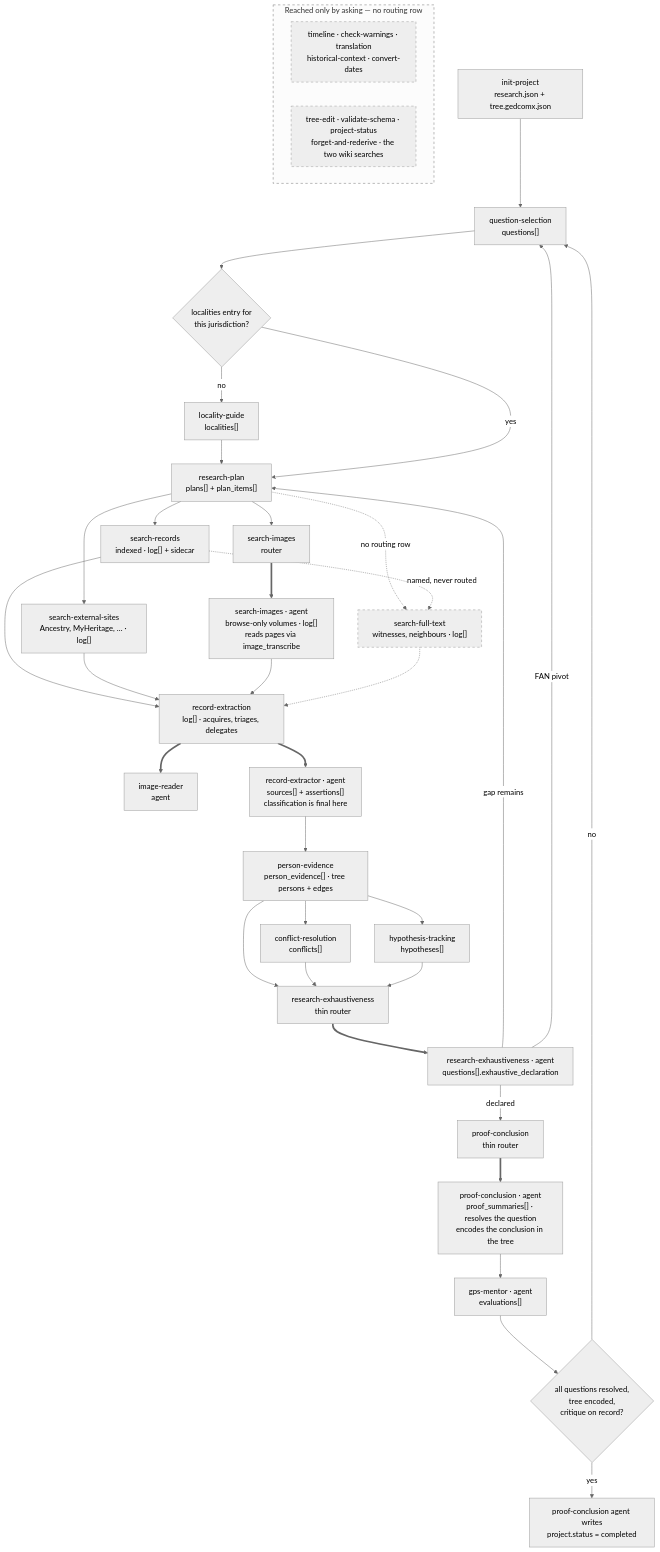
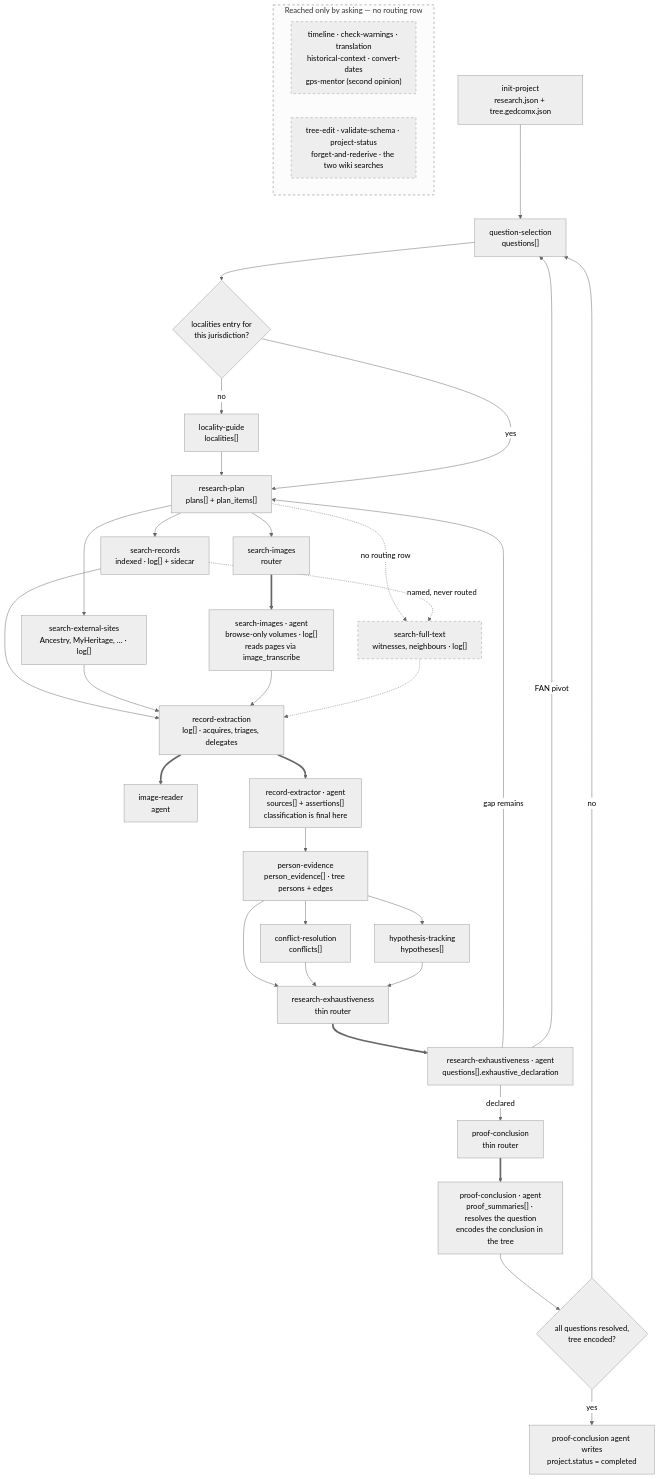
Before and after one commit to PioneerAIAcademy/cowork-genealogy: the diagram in docs/skill-dataflow.md, drawn with Mermaid (neutral theme). The commit also changed other lines of this file and 37 other files, not shown here.

First line of the commit message:
Take gps-mentor off the default /research path (#2951)

````diff
--- a/docs/skill-dataflow.md
+++ b/docs/skill-dataflow.md
@@ -58,53 +58,52 @@
 ```mermaid
 flowchart TD
     IP["init-project<br/>research.json + tree.gedcomx.json"] --> QS
     QS["question-selection<br/>questions[]"] --> LOCGATE
     LOCGATE{"localities entry for<br/>this jurisdiction?"}
     LOCGATE -- no --> LG["locality-guide<br/>localities[]"] --> RP
     LOCGATE -- yes --> RP["research-plan<br/>plans[] + plan_items[]"]
 
     RP --> SR["search-records<br/>indexed · log[] + sidecar"]
     RP --> SE["search-external-sites<br/>Ancestry, MyHeritage, … · log[]"]
     RP --> SI["search-images<br/>router"]
     RP -.->|"no routing row"| SF["search-full-text<br/>witnesses, neighbours · log[]"]
     SR -.->|"named, never routed"| SF
 
     SI ==> SIA["search-images · agent<br/>browse-only volumes · log[]<br/>reads pages via image_transcribe"]
     RE ==> IR["image-reader<br/>agent"]
 
     SR --> RE
     SE --> RE
     SIA --> RE
     SF -.-> RE
     RE["record-extraction<br/>log[] · acquires, triages, delegates"]
     RE ==> RX["record-extractor · agent<br/>sources[] + assertions[]<br/>classification is final here"]
 
     RX --> PE["person-evidence<br/>person_evidence[] · tree persons + edges"]
     PE --> CR["conflict-resolution<br/>conflicts[]"]
     PE --> HT["hypothesis-tracking<br/>hypotheses[]"]
     PE --> EX
     CR --> EX
     HT --> EX
 
     EX["research-exhaustiveness<br/>thin router"]
     EX ==> EXA["research-exhaustiveness · agent<br/>questions[].exhaustive_declaration"]
     EXA -- "gap remains" --> RP
     EXA -- "FAN pivot" --> QS
     EXA -- "declared" --> PC
 
     PC["proof-conclusion<br/>thin router"]
     PC ==> PCA["proof-conclusion · agent<br/>proof_summaries[] · resolves the question<br/>encodes the conclusion in the tree"]
-    PCA --> GM["gps-mentor · agent<br/>evaluations[]"]
-    GM --> GATE{"all questions resolved,<br/>tree encoded,<br/>critique on record?"}
+    PCA --> GATE{"all questions resolved,<br/>tree encoded?"}
     GATE -- no --> QS
     GATE -- yes --> DONE["proof-conclusion agent writes<br/>project.status = completed"]
 
     subgraph ASK ["Reached only by asking — no routing row"]
         direction LR
-        U1["timeline · check-warnings · translation<br/>historical-context · convert-dates"]
+        U1["timeline · check-warnings · translation<br/>historical-context · convert-dates<br/>gps-mentor (second opinion)"]
         U2["tree-edit · validate-schema · project-status<br/>forget-and-rederive · the two wiki searches"]
     end
 
     classDef unrouted stroke-dasharray: 5 5
     class SF,ASK,U1,U2 unrouted
 ```
````
